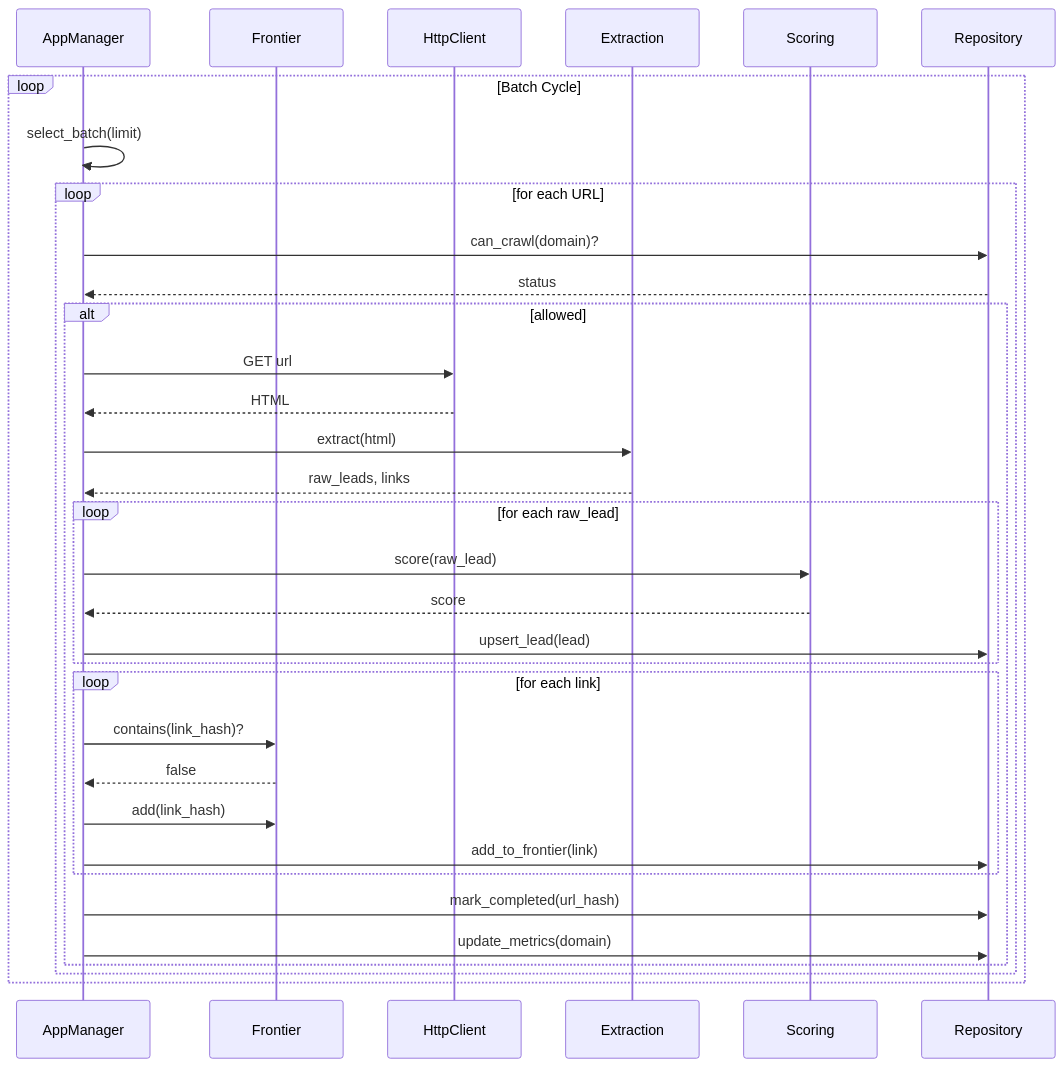
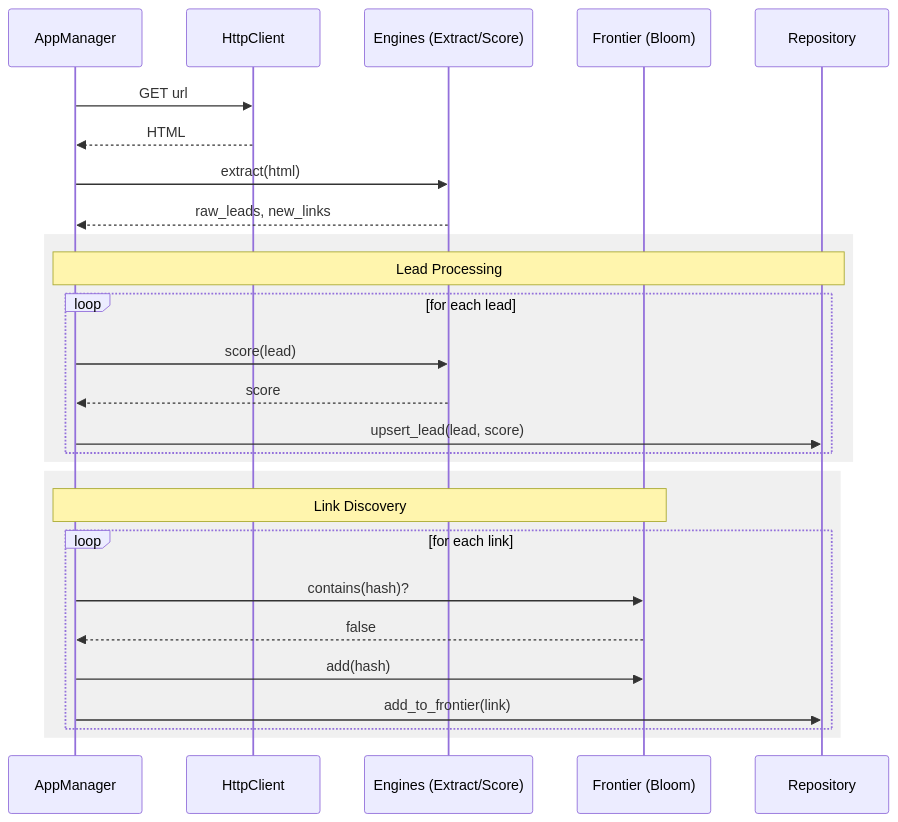
The fourth of 4 diagrams in projects/02_web_crawler/README.md (paulpeters144/system-design), drawn with Mermaid before and after one commit. The commit also changed other lines of this file, not shown here.

Commit message:
docs(web-crawler): add detailed operational workflows and diagrams
Add Mermaid sequence diagrams and descriptions for seed warm-up,
batch orchestration, and content processing workflows to provide
better architectural clarity.

````diff
--- a/projects/02_web_crawler/README.md
+++ b/projects/02_web_crawler/README.md
@@ -66,36 +108,32 @@
 ```mermaid
 sequenceDiagram
     participant M as AppManager
-    participant F as Frontier
     participant H as HttpClient
-    participant E as Extraction
-    participant S as Scoring
+    participant E as Engines (Extract/Score)
+    participant F as Frontier (Bloom)
     participant R as Repository
 
-    loop Batch Cycle
-        M->>M: select_batch(limit)
-        loop for each URL
-            M->>R: can_crawl(domain)?
-            R-->>M: status
-            alt allowed
-                M->>H: GET url
-                H-->>M: HTML
-                M->>E: extract(html)
-                E-->>M: raw_leads, links
-                loop for each raw_lead
-                    M->>S: score(raw_lead)
-                    S-->>M: score
-                    M->>R: upsert_lead(lead)
-                end
-                loop for each link
-                    M->>F: contains(link_hash)?
-                    F-->>M: false
-                    M->>F: add(link_hash)
-                    M->>R: add_to_frontier(link)
-                end
-                M->>R: mark_completed(url_hash)
-                M->>R: update_metrics(domain)
-            end
+    M->>H: GET url
+    H-->>M: HTML
+    M->>E: extract(html)
+    E-->>M: raw_leads, new_links
+    
+    rect rgb(240, 240, 240)
+        Note over M,R: Lead Processing
+        loop for each lead
+            M->>E: score(lead)
+            E-->>M: score
+            M->>R: upsert_lead(lead, score)
+        end
+    end
+
+    rect rgb(240, 240, 240)
+        Note over M,F: Link Discovery
+        loop for each link
+            M->>F: contains(hash)?
+            F-->>M: false
+            M->>F: add(hash)
+            M->>R: add_to_frontier(link)
         end
     end
 ```
````
